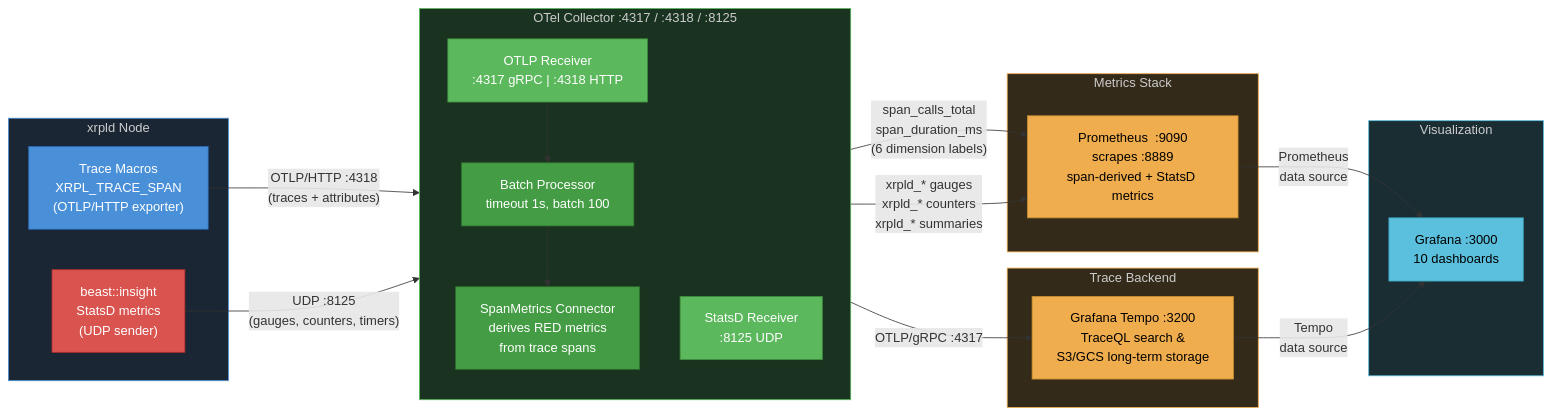
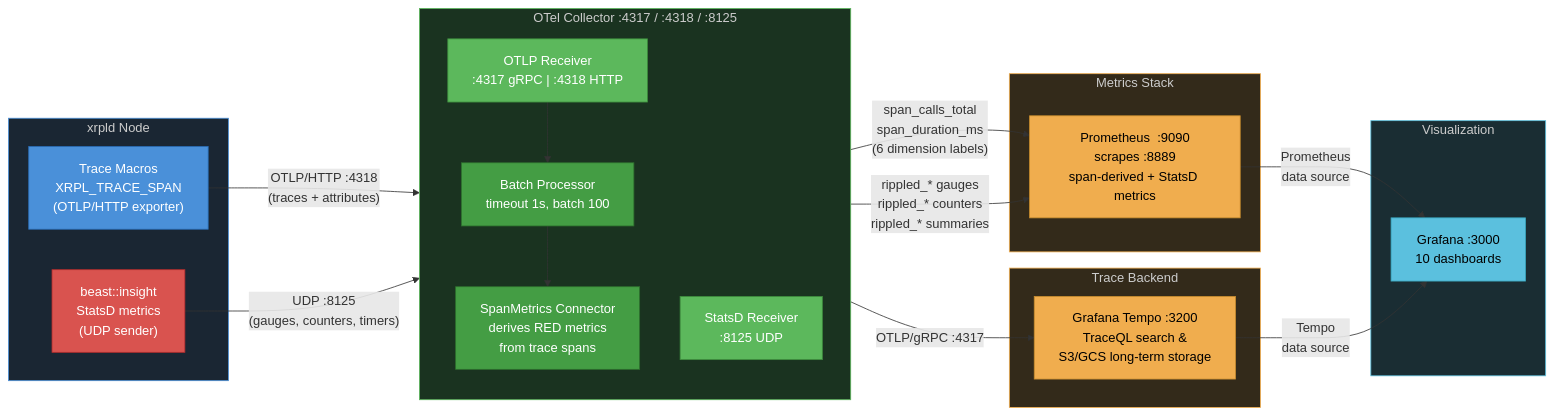
One commit to XRPLF/rippled changed the diagram in OpenTelemetryPlan/09-data-collection-reference.md. Above: the diagram before and after it, drawn with Mermaid. The commit also changed other lines of this file and 3 other files, not shown here.

````diff
--- a/OpenTelemetryPlan/09-data-collection-reference.md
+++ b/OpenTelemetryPlan/09-data-collection-reference.md
@@ -9,56 +9,56 @@
 ```mermaid
 graph LR
     subgraph xrpldNode["xrpld Node"]
         A["Trace Macros<br/>XRPL_TRACE_SPAN<br/>(OTLP/HTTP exporter)"]
         B["beast::insight<br/>StatsD metrics<br/>(UDP sender)"]
     end
 
     subgraph collector["OTel Collector  :4317 / :4318 / :8125"]
         direction TB
         R1["OTLP Receiver<br/>:4317 gRPC  |  :4318 HTTP"]
         R2["StatsD Receiver<br/>:8125 UDP"]
         BP["Batch Processor<br/>timeout 1s, batch 100"]
         SM["SpanMetrics Connector<br/>derives RED metrics<br/>from trace spans"]
 
         R1 --> BP
         BP --> SM
     end
 
     subgraph backends["Trace Backend"]
         D["Grafana Tempo  :3200<br/>TraceQL search &<br/>S3/GCS long-term storage"]
     end
 
     subgraph metrics["Metrics Stack"]
         E["Prometheus  :9090<br/>scrapes :8889<br/>span-derived + StatsD metrics"]
     end
 
     subgraph viz["Visualization"]
         F["Grafana  :3000<br/>10 dashboards"]
     end
 
     A -->|"OTLP/HTTP :4318<br/>(traces + attributes)"| R1
     B -->|"UDP :8125<br/>(gauges, counters, timers)"| R2
 
     BP -->|"OTLP/gRPC :4317"| D
 
     SM -->|"span_calls_total<br/>span_duration_ms<br/>(6 dimension labels)"| E
-    R2 -->|"xrpld_* gauges<br/>xrpld_* counters<br/>xrpld_* summaries"| E
+    R2 -->|"rippled_* gauges<br/>rippled_* counters<br/>rippled_* summaries"| E
 
     E -->|"Prometheus<br/>data source"| F
     D -->|"Tempo<br/>data source"| F
 
     style A fill:#4a90d9,color:#fff,stroke:#2a6db5
     style B fill:#d9534f,color:#fff,stroke:#b52d2d
     style R1 fill:#5cb85c,color:#fff,stroke:#3d8b3d
     style R2 fill:#5cb85c,color:#fff,stroke:#3d8b3d
     style BP fill:#449d44,color:#fff,stroke:#2d6e2d
     style SM fill:#449d44,color:#fff,stroke:#2d6e2d
     style D fill:#f0ad4e,color:#000,stroke:#c78c2e
     style E fill:#f0ad4e,color:#000,stroke:#c78c2e
     style F fill:#5bc0de,color:#000,stroke:#3aa8c1
     style xrpldNode fill:#1a2633,color:#ccc,stroke:#4a90d9
     style collector fill:#1a3320,color:#ccc,stroke:#5cb85c
     style backends fill:#332a1a,color:#ccc,stroke:#f0ad4e
     style metrics fill:#332a1a,color:#ccc,stroke:#f0ad4e
     style viz fill:#1a2d33,color:#ccc,stroke:#5bc0de
 ```
````
